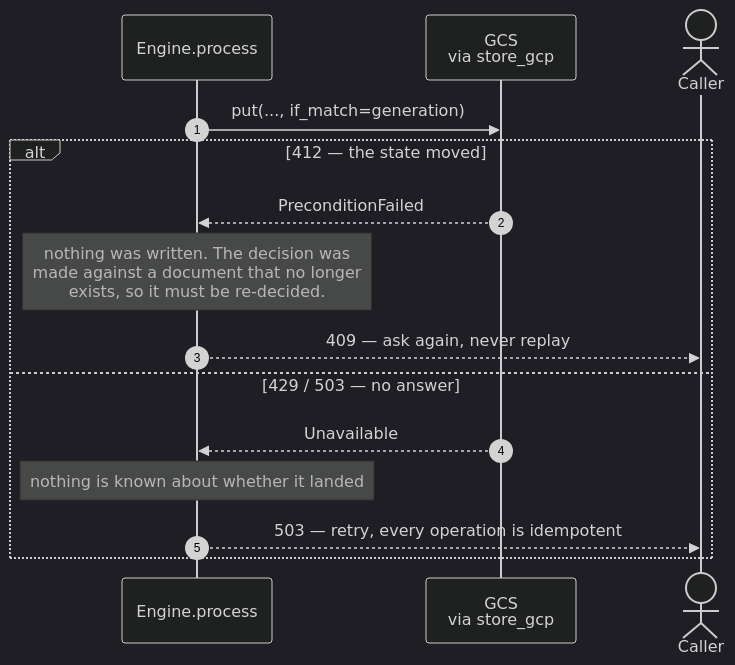
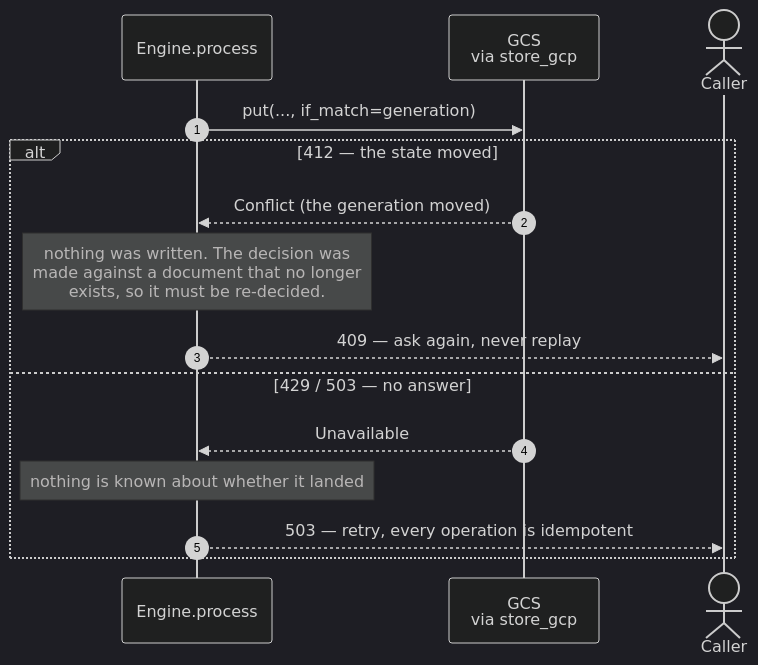
Before and after one commit to resonatehq/durable-execution: the third of 6 diagrams in code/final/SEQUENCE.md, drawn with Mermaid (dark theme).

Commit message:
Finish README update; name the refused write Conflict in SEQUENCE.md
Claude-Session: https://claude.ai/code/session_01MdET2nmvbapptUnmyP1tuw

````diff
--- a/code/final/SEQUENCE.md
+++ b/code/final/SEQUENCE.md
@@ -117,19 +117,19 @@
 ```mermaid
 sequenceDiagram
     autonumber
     participant E as Engine.process
     participant S as GCS<br/>via store_gcp
     actor C as Caller
 
     E->>S: put(..., if_match=generation)
 
     alt 412 — the state moved
-        S-->>E: PreconditionFailed
+        S-->>E: Conflict (the generation moved)
         Note over E: nothing was written. The decision was<br/>made against a document that no longer<br/>exists, so it must be re-decided.
         E-->>C: 409 — ask again, never replay
     else 429 / 503 — no answer
         S-->>E: Unavailable
         Note over E: nothing is known about whether it landed
         E-->>C: 503 — retry, every operation is idempotent
     end
 ```
````
